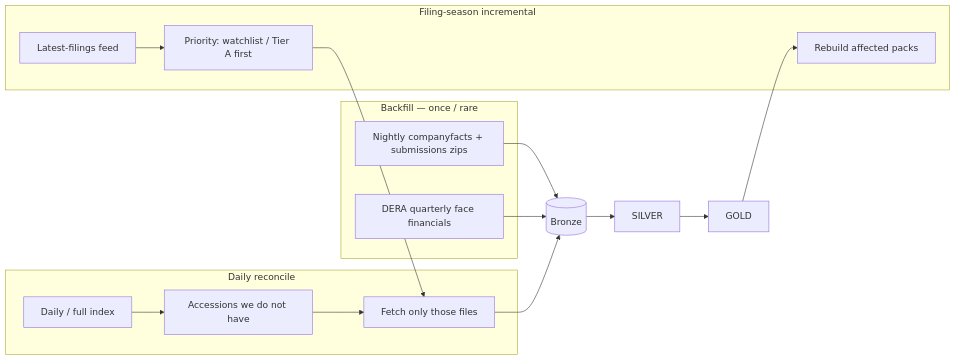
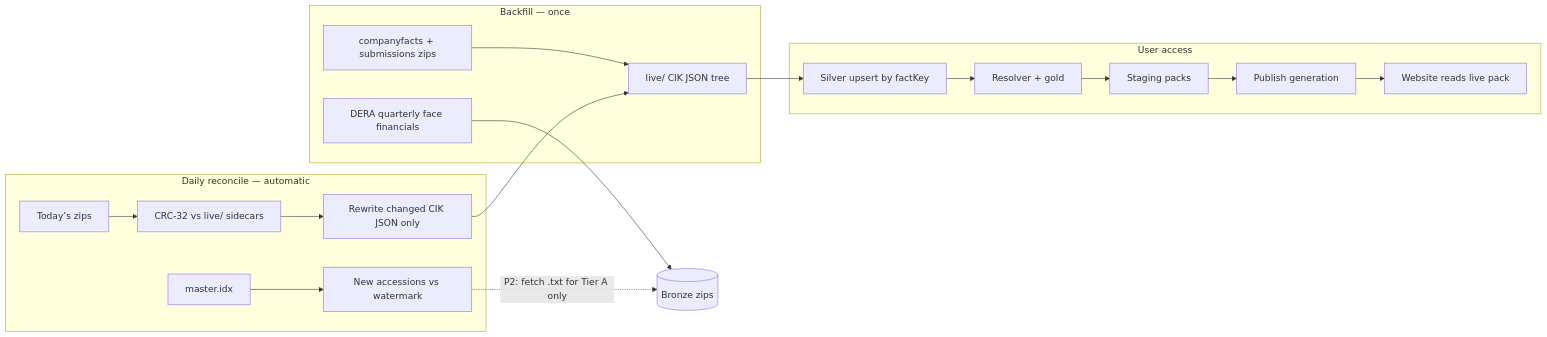
Before and after one commit to r3s0lv343vr/Market-Intelligence-Platform: the fifth of 8 diagrams in docs/BUILD_PLAN.md, drawn with Mermaid. The commit also changed other lines of this file and 10 other files, not shown here.

First line of the commit message:
Document daily reconcile and CRC-patch live bronze.

````diff
--- a/docs/BUILD_PLAN.md
+++ b/docs/BUILD_PLAN.md
@@ -204,25 +206,31 @@
 ```mermaid
 flowchart LR
-  subgraph backfill [Backfill — once / rare]
-    ZIP[Nightly companyfacts + submissions zips]
+  subgraph backfill [Backfill — once]
+    ZIP[companyfacts + submissions zips]
     DERA[DERA quarterly face financials]
+    LIVE[live/ CIK JSON tree]
   end
 
-  subgraph daily [Daily reconcile]
-    IDX[Daily / full index]
-    DIFF[Accessions we do not have]
-    PULL[Fetch only those files]
+  subgraph daily [Daily reconcile — automatic]
+    NZIP[Today’s zips]
+    CRC[CRC-32 vs live/ sidecars]
+    PATCH[Rewrite changed CIK JSON only]
+    IDX[master.idx]
+    DIFF[New accessions vs watermark]
   end
 
-  subgraph surge [Filing-season incremental]
-    ATOM[Latest-filings feed]
-    TIER[Priority: watchlist / Tier A first]
-    PACKR[Rebuild affected packs]
+  subgraph serve [User access]
+    SILVER[Silver upsert by factKey]
+    GOLD[Resolver + gold]
+    PACK[Staging packs]
+    PUB[Publish generation]
+    UI[Website reads live pack]
   end
 
-  ZIP --> BRONZE[(Bronze)]
-  DERA --> BRONZE
-  IDX --> DIFF --> PULL --> BRONZE
-  ATOM --> TIER --> PULL
-  BRONZE --> SILVER --> GOLD --> PACKR
+  ZIP --> LIVE
+  DERA --> BRONZE[(Bronze zips)]
+  NZIP --> CRC --> PATCH --> LIVE
+  IDX --> DIFF
+  LIVE --> SILVER --> GOLD --> PACK --> PUB --> UI
+  DIFF -.->|P2: fetch .txt for Tier A only| BRONZE
 ```
````
